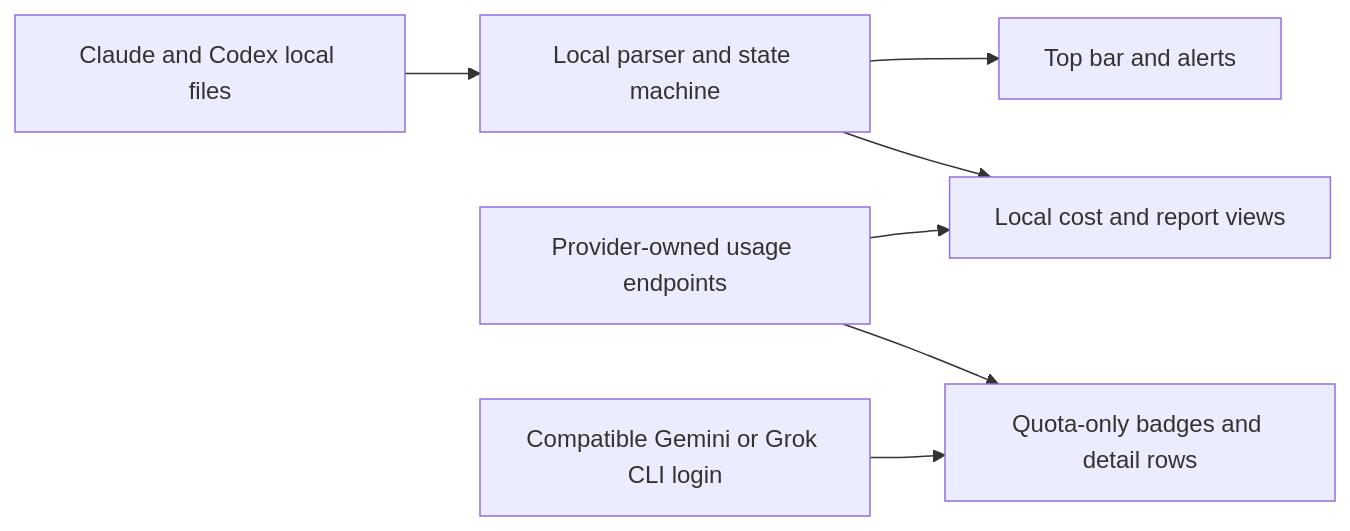
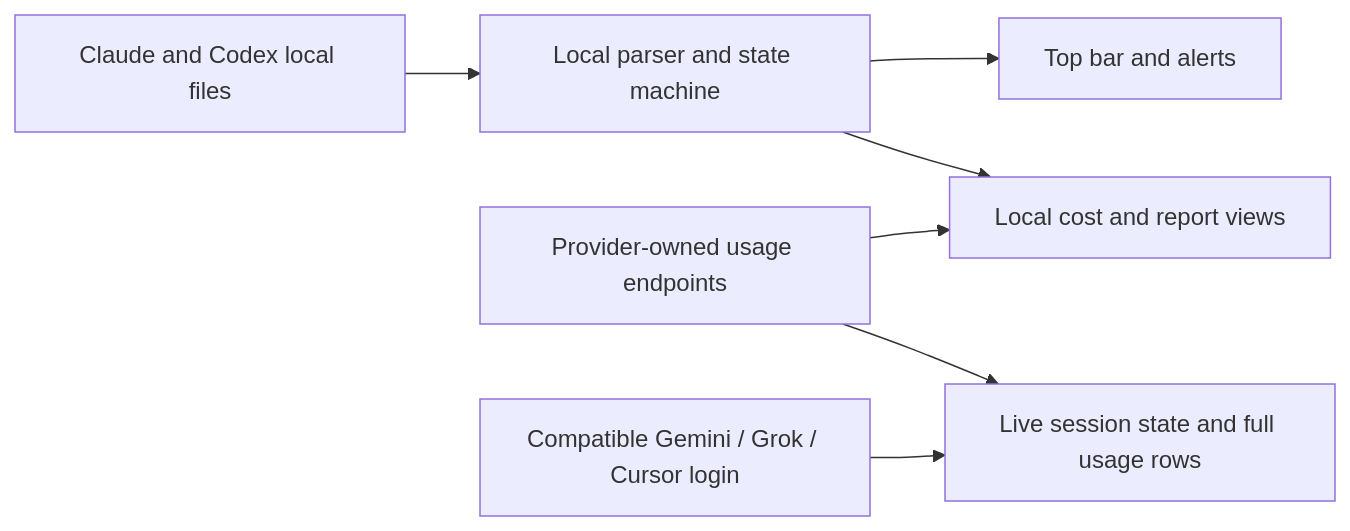
Before and after one commit to sunmingyang/agent-island: the diagram in README.md, drawn with Mermaid. The commit also changed other lines of this file and 5 other files, not shown here.

````diff
--- a/README.md
+++ b/README.md
@@ -210,9 +210,9 @@
 ```mermaid
 flowchart LR
     A[Claude and Codex local files] --> B[Local parser and state machine]
     B --> C[Top bar and alerts]
     B --> D[Local cost and report views]
     E[Provider-owned usage endpoints] --> D
-    F[Compatible Gemini or Grok CLI login] --> G[Quota-only badges and detail rows]
+    F[Compatible Gemini / Grok / Cursor login] --> G[Live session state and full usage rows]
     E --> G
 ```
````
